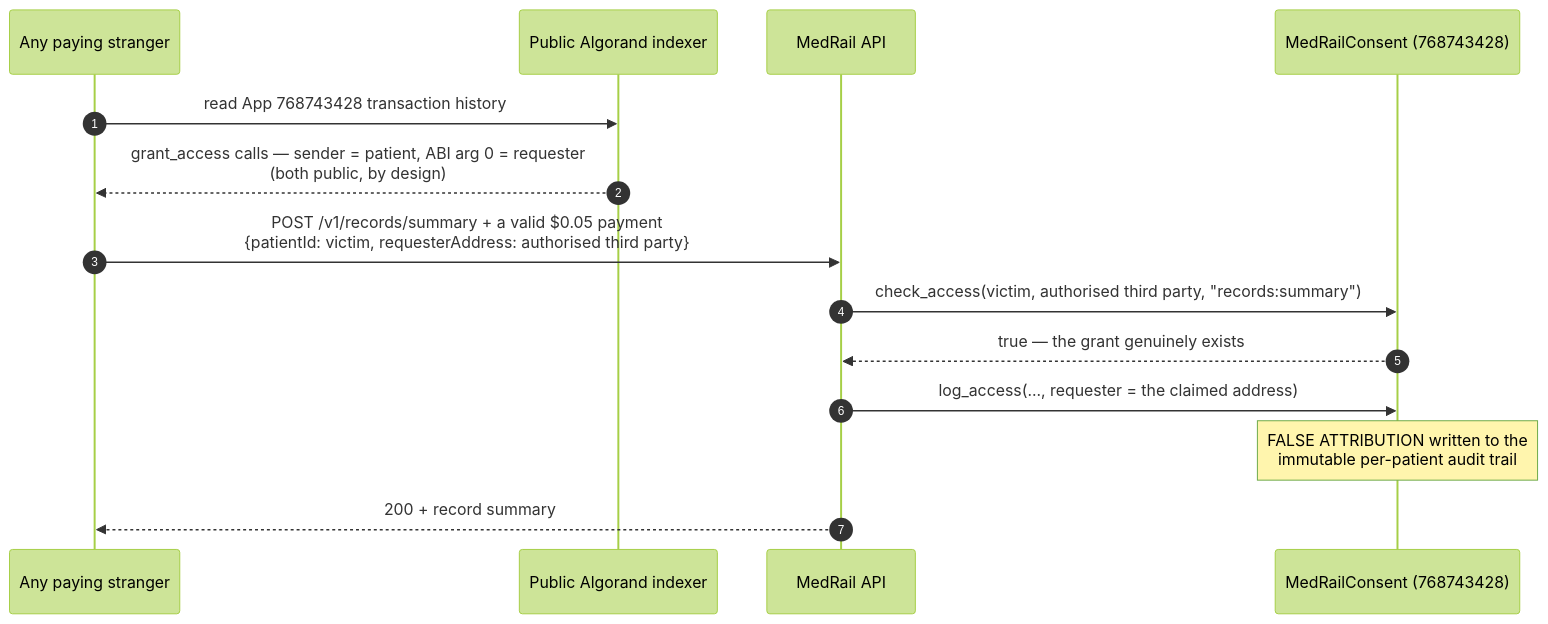
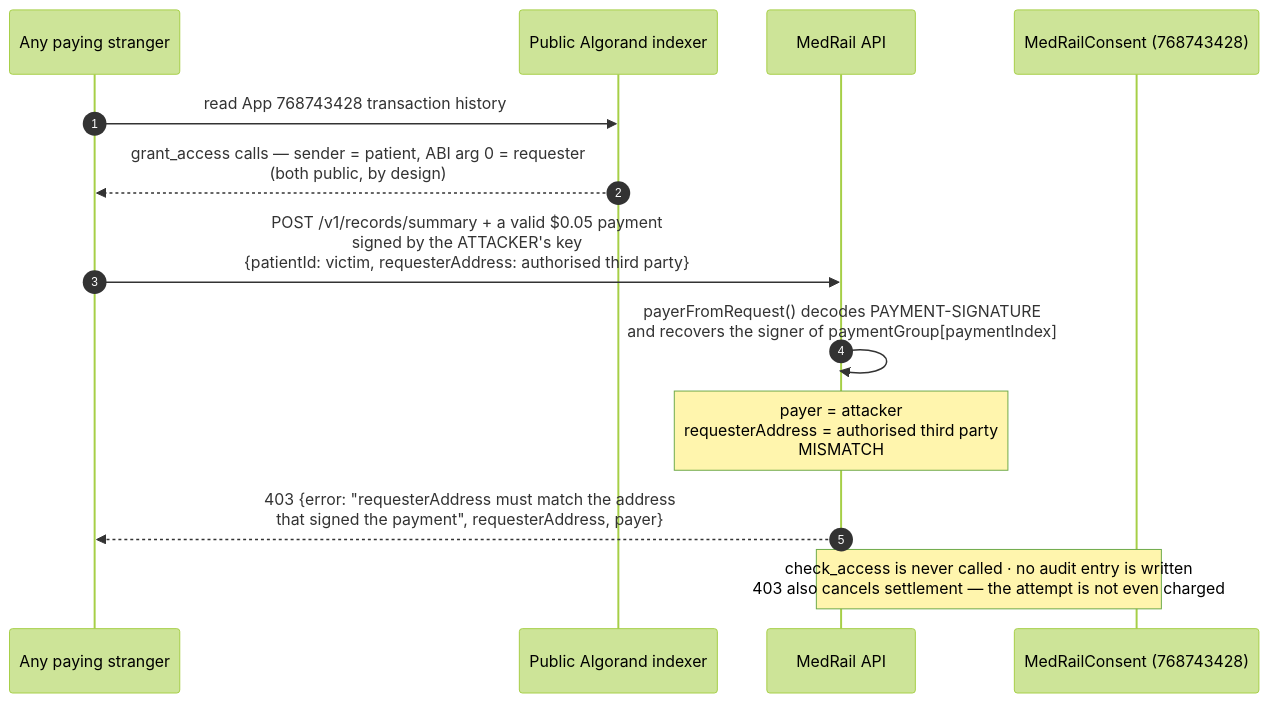
One commit to Hydra-Of-Malice/Medrail changed the fourth of 5 diagrams in docs/01_Product/User_Journey.md. Above: the diagram before and after it, drawn with Mermaid (forest theme). The commit also changed other lines of this file and 77 other files, not shown here.

````diff
--- a/docs/01_Product/User_Journey.md
+++ b/docs/01_Product/User_Journey.md
@@ -252,17 +252,16 @@
 ```mermaid
 sequenceDiagram
     autonumber
     participant Att as Any paying stranger
     participant Idx as Public Algorand indexer
     participant API as MedRail API
     participant App as MedRailConsent (768743428)
 
     Att->>Idx: read App 768743428 transaction history
     Idx-->>Att: grant_access calls — sender = patient, ABI arg 0 = requester<br/>(both public, by design)
-    Att->>API: POST /v1/records/summary + a valid $0.05 payment<br/>{patientId: victim, requesterAddress: authorised third party}
-    API->>App: check_access(victim, authorised third party, "records:summary")
-    App-->>API: true — the grant genuinely exists
-    API->>App: log_access(..., requester = the claimed address)
-    Note over App: FALSE ATTRIBUTION written to the<br/>immutable per-patient audit trail
-    API-->>Att: 200 + record summary
+    Att->>API: POST /v1/records/summary + a valid $0.05 payment<br/>signed by the ATTACKER's key<br/>{patientId: victim, requesterAddress: authorised third party}
+    API->>API: payerFromRequest() decodes PAYMENT-SIGNATURE<br/>and recovers the signer of paymentGroup[paymentIndex]
+    Note over API: payer = attacker<br/>requesterAddress = authorised third party<br/>MISMATCH
+    API-->>Att: 403 {error: "requesterAddress must match the address<br/>that signed the payment", requesterAddress, payer}
+    Note over API,App: check_access is never called · no audit entry is written<br/>403 also cancels settlement — the attempt is not even charged
 ```
````
